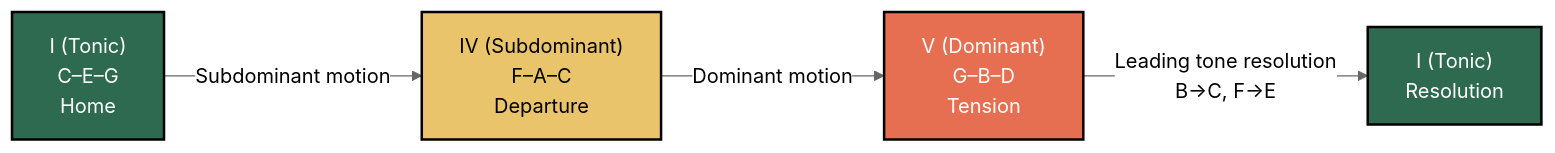
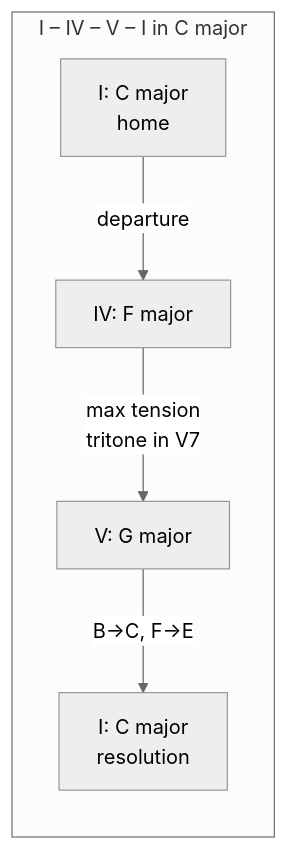
One commit to blebleblee/synapse changed the first of 5 diagrams in topics/arts/composition/songwriting/lesson_04_harmonic_progressions.md. Above: the diagram before and after it, drawn with Mermaid (neutral theme). The commit also changed other lines of this file and 4 other files, not shown here.

````diff
--- a/topics/arts/composition/songwriting/lesson_04_harmonic_progressions.md
+++ b/topics/arts/composition/songwriting/lesson_04_harmonic_progressions.md
@@ -177,16 +96,8 @@
 ```mermaid
 graph LR
-    I["I (Tonic)\nC–E–G\nHome"]
-    IV["IV (Subdominant)\nF–A–C\nDeparture"]
-    V["V (Dominant)\nG–B–D\nTension"]
-    I2["I (Tonic)\nResolution"]
-
-    I -->|"Subdominant motion"| IV
-    IV -->|"Dominant motion"| V
-    V -->|"Leading tone resolution\nB→C, F→E"| I2
-
-    style I fill:#2d6a4f,stroke:#000,stroke-width:2px,color:#fff
-    style IV fill:#e9c46a,stroke:#000,stroke-width:2px,color:#000
-    style V fill:#e76f51,stroke:#000,stroke-width:2px,color:#fff
-    style I2 fill:#2d6a4f,stroke:#000,stroke-width:2px,color:#fff
+    subgraph prog1 ["I – IV – V – I in C major"]
+    I["I: C major\nhome"] -->|"departure"| IV["IV: F major"]
+    IV -->|"max tension\ntritone in V7"| V["V: G major"]
+    V -->|"B→C, F→E"| I2["I: C major\nresolution"]
+    end
 ```
````
